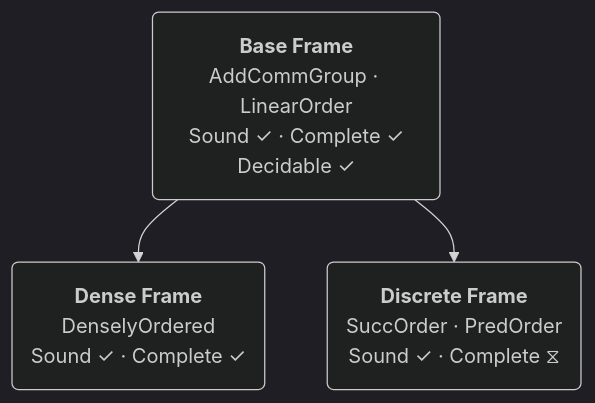
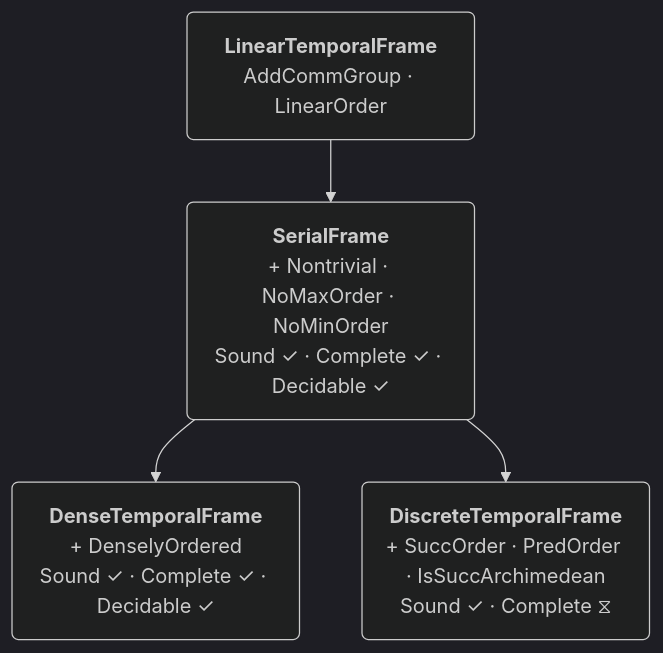
Before and after one commit to benbrastmckie/BimodalLogic: the diagram in README.md, drawn with Mermaid (dark theme). The commit also changed other lines of this file, not shown here.

````diff
--- a/README.md
+++ b/README.md
@@ -120,9 +120,11 @@
 ```mermaid
 graph TD
-    B("<b>Base Frame</b><br/>AddCommGroup · LinearOrder<br/>Sound ✓ · Complete ✓<br/>Decidable ✓")
-    D("<b>Dense Frame</b><br/>DenselyOrdered<br/>Sound ✓ · Complete ✓")
-    Z("<b>Discrete Frame</b><br/>SuccOrder · PredOrder<br/>Sound ✓ · Complete ⧖")
+    L("<b>LinearTemporalFrame</b><br/>AddCommGroup · LinearOrder")
+    S("<b>SerialFrame</b><br/>+ Nontrivial · NoMaxOrder · NoMinOrder<br/>Sound ✓ · Complete ✓ · Decidable ✓")
+    D("<b>DenseTemporalFrame</b><br/>+ DenselyOrdered<br/>Sound ✓ · Complete ✓ · Decidable ✓")
+    Z("<b>DiscreteTemporalFrame</b><br/>+ SuccOrder · PredOrder · IsSuccArchimedean<br/>Sound ✓ · Complete ⧖")
 
-    B --> D
-    B --> Z
+    L --> S
+    S --> D
+    S --> Z
 ```
````
